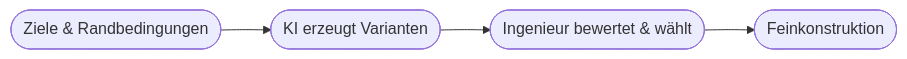
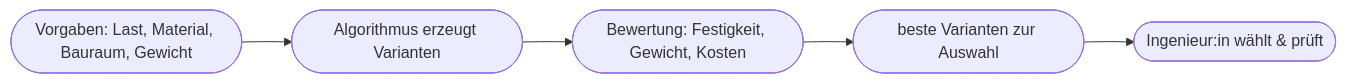
One commit to Qualidy/Prompt-Engineering-KI-in-der-Arbeitswelt changed the diagram in docs/content/kapitel23.md. Above: the diagram before and after it, drawn with Mermaid. The commit also changed other lines of this file and 80 other files, not shown here.

````diff
--- a/docs/content/kapitel23.md
+++ b/docs/content/kapitel23.md
@@ -33,6 +35,7 @@
 ```mermaid
 flowchart LR
-    A([Ziele & Randbedingungen]) --> B([KI erzeugt Varianten])
-    B --> C([Ingenieur bewertet & wählt])
-    C --> D([Feinkonstruktion])
+    A([Vorgaben: Last, Material, Bauraum, Gewicht]) --> B([Algorithmus erzeugt Varianten])
+    B --> C([Bewertung: Festigkeit, Gewicht, Kosten])
+    C --> D([beste Varianten zur Auswahl])
+    D --> E([Ingenieur:in wählt & prüft])
 ```
````
